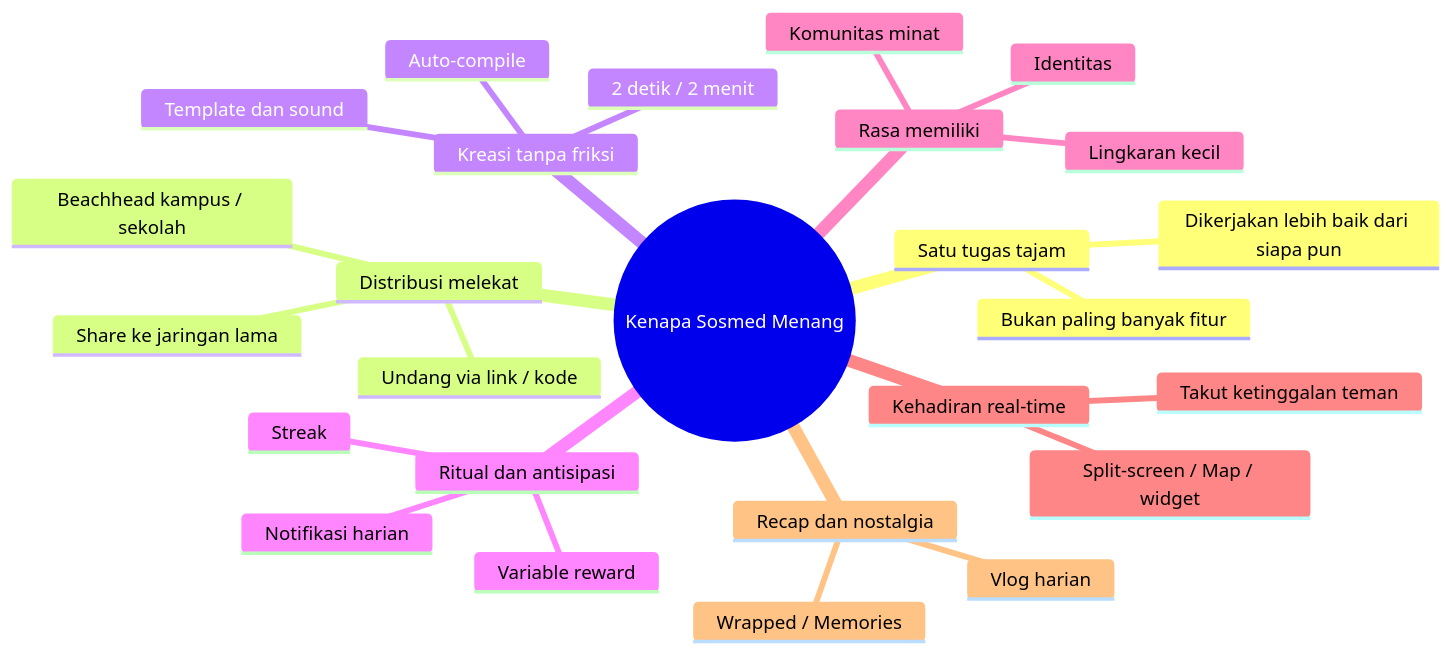
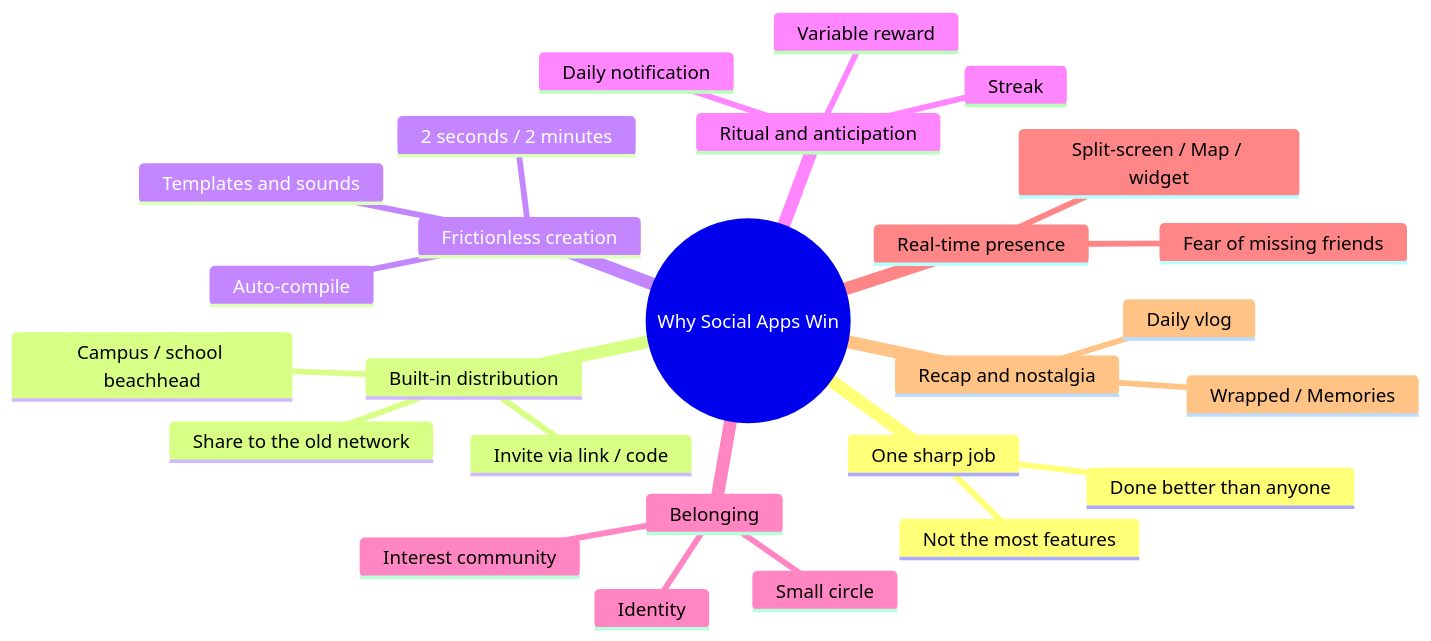
One commit to itsmhp/SocialMedia changed the diagram in research/06-studi-top-appstore.md. Above: the diagram before and after it, drawn with Mermaid. The commit also changed other lines of this file and 23 other files, not shown here.

````diff
--- a/research/06-studi-top-appstore.md
+++ b/research/06-studi-top-appstore.md
@@ -79,29 +79,29 @@
 ```mermaid
 mindmap
-  root((Kenapa Sosmed Menang))
-    Satu tugas tajam
-      Dikerjakan lebih baik dari siapa pun
-      Bukan paling banyak fitur
-    Distribusi melekat
-      Share ke jaringan lama
-      Undang via link / kode
-      Beachhead kampus / sekolah
-    Kreasi tanpa friksi
-      Template dan sound
-      2 detik / 2 menit
+  root((Why Social Apps Win))
+    One sharp job
+      Done better than anyone
+      Not the most features
+    Built-in distribution
+      Share to the old network
+      Invite via link / code
+      Campus / school beachhead
+    Frictionless creation
+      Templates and sounds
+      2 seconds / 2 minutes
       Auto-compile
-    Ritual dan antisipasi
-      Notifikasi harian
+    Ritual and anticipation
+      Daily notification
       Streak
       Variable reward
-    Rasa memiliki
-      Lingkaran kecil
-      Komunitas minat
-      Identitas
-    Kehadiran real-time
-      Takut ketinggalan teman
+    Belonging
+      Small circle
+      Interest community
+      Identity
+    Real-time presence
+      Fear of missing friends
       Split-screen / Map / widget
-    Recap dan nostalgia
-      Vlog harian
+    Recap and nostalgia
+      Daily vlog
       Wrapped / Memories
 ```
````
